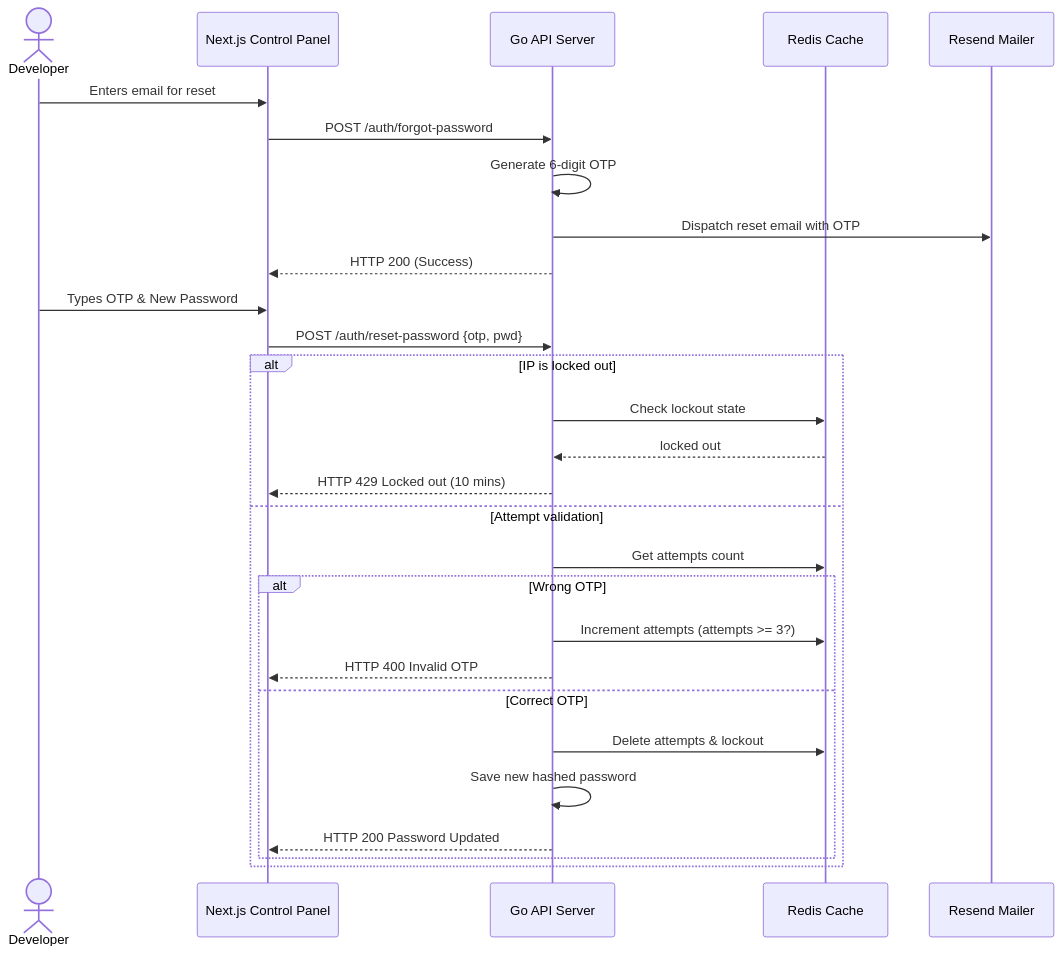
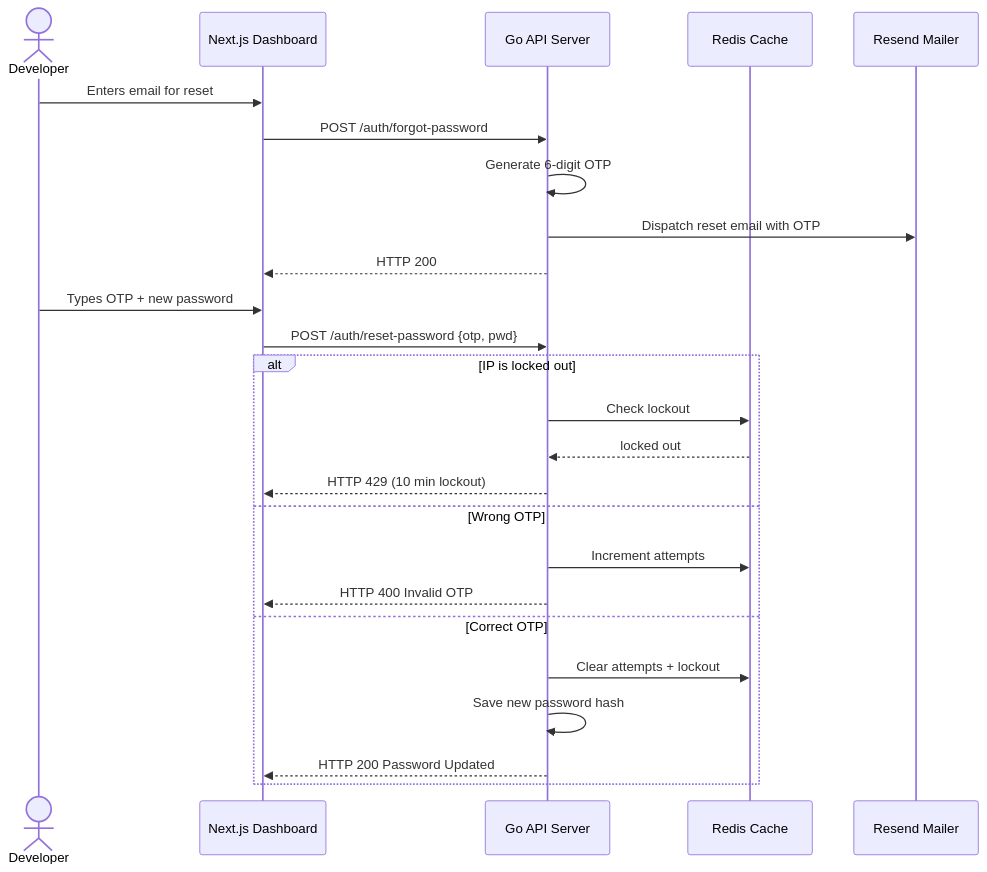
Before and after one commit to neutron420/Limiter.io: the second of 2 diagrams in README.md, drawn with Mermaid. The commit also changed other lines of this file and 15 other files, not shown here.

````diff
--- a/README.md
+++ b/README.md
@@ -102,33 +392,27 @@
 ```mermaid
 sequenceDiagram
     actor User as Developer
-    participant FE as Next.js Control Panel
+    participant FE as Next.js Dashboard
     participant BE as Go API Server
     participant Redis as Redis Cache
     participant Mail as Resend Mailer
-
     User->>FE: Enters email for reset
     FE->>BE: POST /auth/forgot-password
     BE->>BE: Generate 6-digit OTP
     BE->>Mail: Dispatch reset email with OTP
-    BE-->>FE: HTTP 200 (Success)
-    
-    User->>FE: Types OTP & New Password
+    BE-->>FE: HTTP 200
+    User->>FE: Types OTP + new password
     FE->>BE: POST /auth/reset-password {otp, pwd}
-    
     alt IP is locked out
-        BE->>Redis: Check lockout state
+        BE->>Redis: Check lockout
         Redis-->>BE: locked out
-        BE-->>FE: HTTP 429 Locked out (10 mins)
-    else Attempt validation
-        BE->>Redis: Get attempts count
-        alt Wrong OTP
-            BE->>Redis: Increment attempts (attempts >= 3?)
-            BE-->>FE: HTTP 400 Invalid OTP
-        else Correct OTP
-            BE->>Redis: Delete attempts & lockout
-            BE->>BE: Save new hashed password
-            BE-->>FE: HTTP 200 Password Updated
-        end
+        BE-->>FE: HTTP 429 (10 min lockout)
+    else Wrong OTP
+        BE->>Redis: Increment attempts
+        BE-->>FE: HTTP 400 Invalid OTP
+    else Correct OTP
+        BE->>Redis: Clear attempts + lockout
+        BE->>BE: Save new password hash
+        BE-->>FE: HTTP 200 Password Updated
     end
 ```
````
